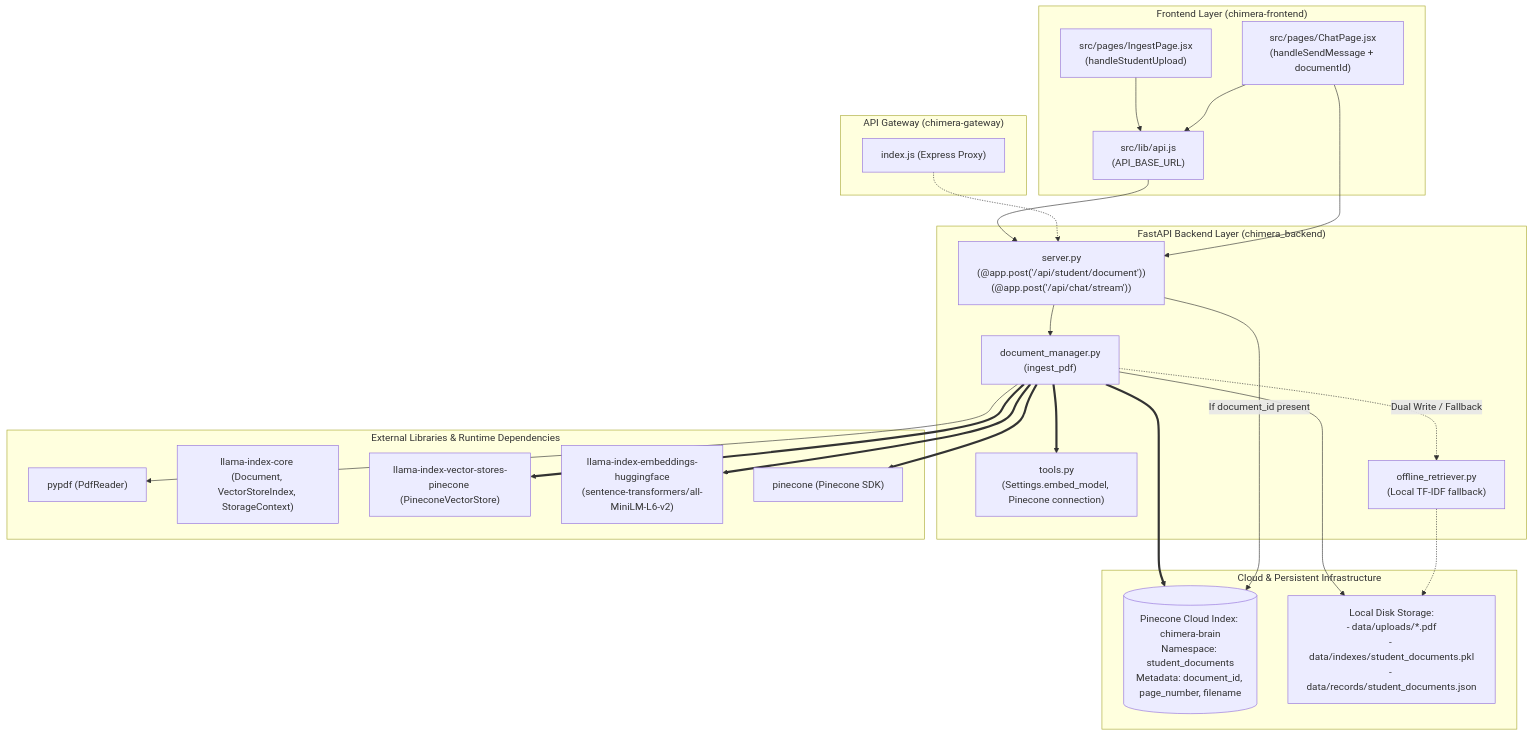
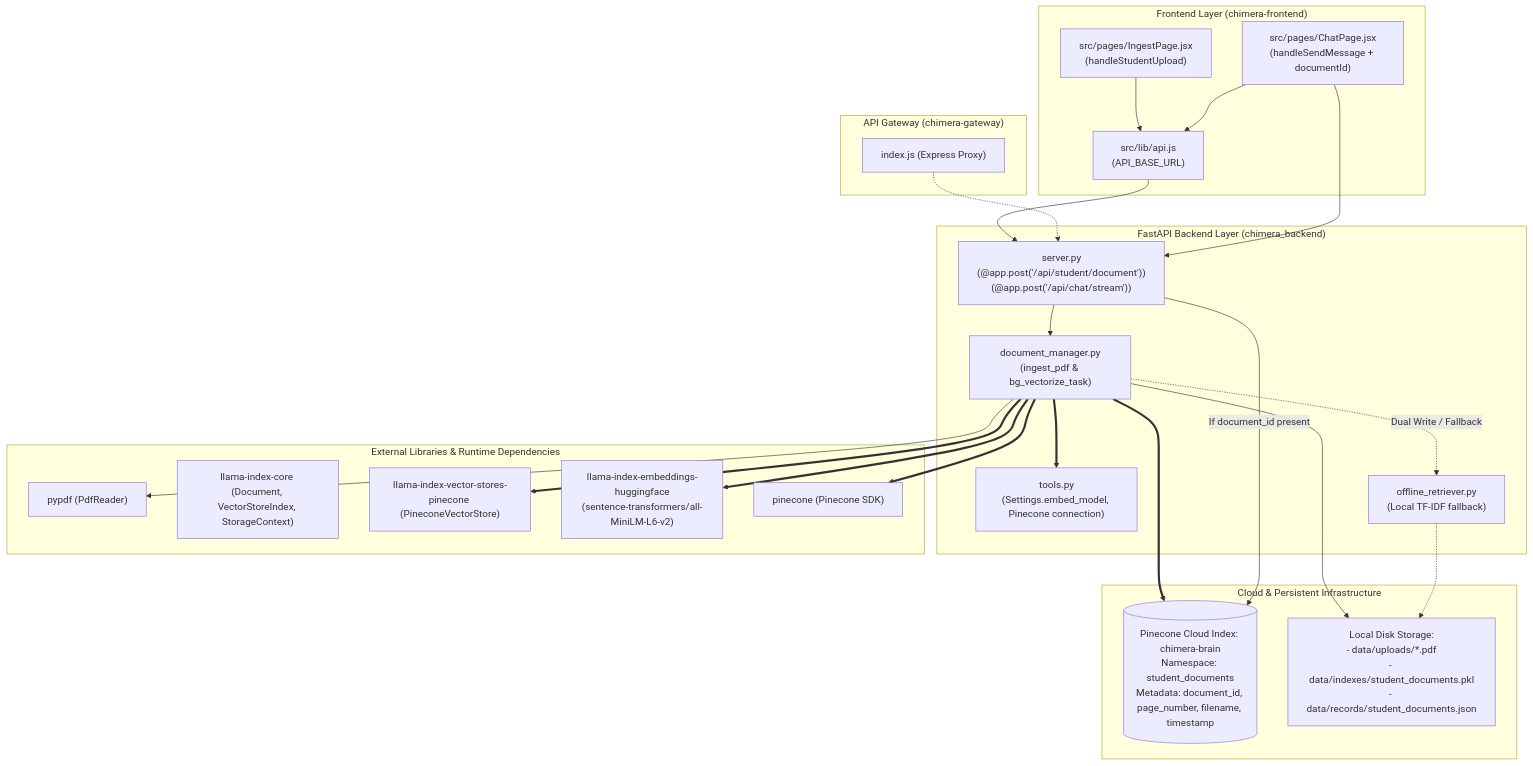
Before and after one commit to Zayn329/chimeraAi: the diagram in architechural explanations/PDF_INGESTION_PLAN.md, drawn with Mermaid. The commit also changed other lines of this file, not shown here.

Commit message:
Update PDF ingestion plan with concrete issue fixes

````diff
--- a/architechural explanations/PDF_INGESTION_PLAN.md
+++ b/architechural explanations/PDF_INGESTION_PLAN.md
@@ -11,54 +11,54 @@
 ```mermaid
 graph TD
     subgraph UI["Frontend Layer (chimera-frontend)"]
         IngestPage["src/pages/IngestPage.jsx\n(handleStudentUpload)"]
         ChatPage["src/pages/ChatPage.jsx\n(handleSendMessage + documentId)"]
         API_CONFIG["src/lib/api.js\n(API_BASE_URL)"]
     end
 
     subgraph API_GW["API Gateway (chimera-gateway)"]
         Gateway["index.js (Express Proxy)"]
     end
 
     subgraph FASTAPI["FastAPI Backend Layer (chimera_backend)"]
         Server["server.py\n(@app.post('/api/student/document'))\n(@app.post('/api/chat/stream'))"]
-        DocManager["document_manager.py\n(ingest_pdf)"]
+        DocManager["document_manager.py\n(ingest_pdf & bg_vectorize_task)"]
         Tools["tools.py\n(Settings.embed_model, Pinecone connection)"]
         OfflineRetriever["offline_retriever.py\n(Local TF-IDF fallback)"]
     end
 
     subgraph PACKAGES["External Libraries & Runtime Dependencies"]
         PyPDF["pypdf (PdfReader)"]
         LlamaIndex["llama-index-core (Document, VectorStoreIndex, StorageContext)"]
         LlamaPinecone["llama-index-vector-stores-pinecone (PineconeVectorStore)"]
         HuggingFace["llama-index-embeddings-huggingface\n(sentence-transformers/all-MiniLM-L6-v2)"]
         PineconeClient["pinecone (Pinecone SDK)"]
     end
 
     subgraph CLOUD["Cloud & Persistent Infrastructure"]
-        PineconeIndex[("Pinecone Cloud Index: chimera-brain\nNamespace: student_documents\nMetadata: document_id, page_number, filename")]
+        PineconeIndex[("Pinecone Cloud Index: chimera-brain\nNamespace: student_documents\nMetadata: document_id, page_number, filename, timestamp")]
         LocalDisk["Local Disk Storage:\n- data/uploads/*.pdf\n- data/indexes/student_documents.pkl\n- data/records/student_documents.json"]
     end
 
     %% Dependency flow
     IngestPage --> API_CONFIG
     ChatPage --> API_CONFIG
     API_CONFIG --> Server
     Gateway -.-> Server
 
     Server --> DocManager
     DocManager --> PyPDF
     DocManager --> LocalDisk
 
-    %% New Target Flow
+    %% Target Vector Flow
     DocManager ==> Tools
     DocManager ==> LlamaPinecone
     DocManager ==> HuggingFace
     DocManager ==> PineconeClient
     DocManager ==> PineconeIndex
     DocManager -.->|Dual Write / Fallback| OfflineRetriever
     OfflineRetriever -.-> LocalDisk
 
     ChatPage --> Server
     Server -->|If document_id present| PineconeIndex
 ```
````
